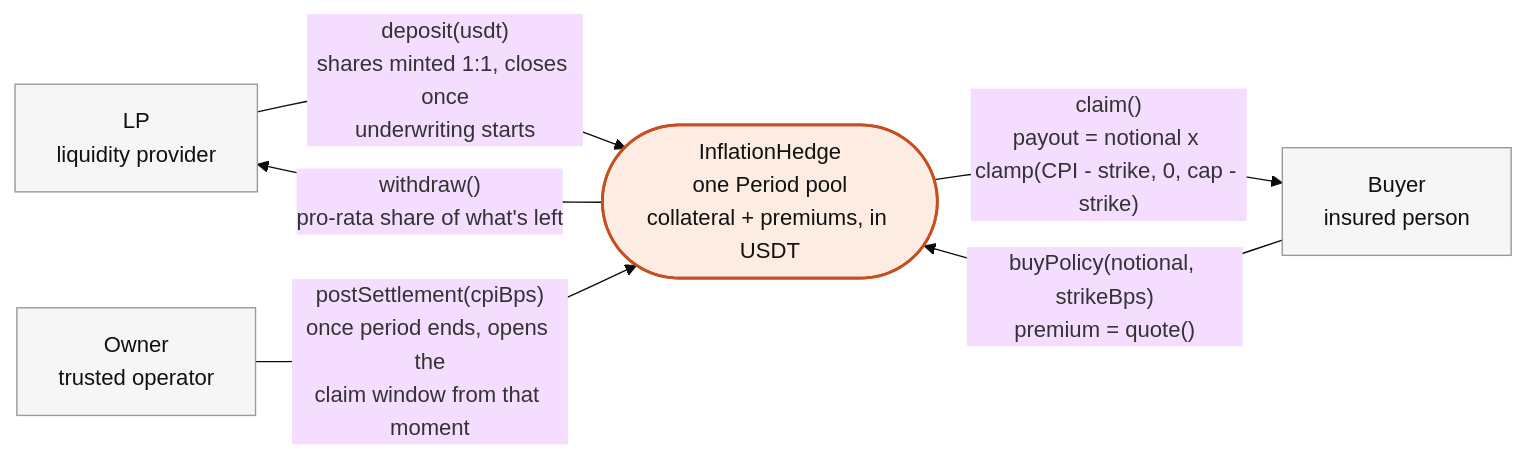
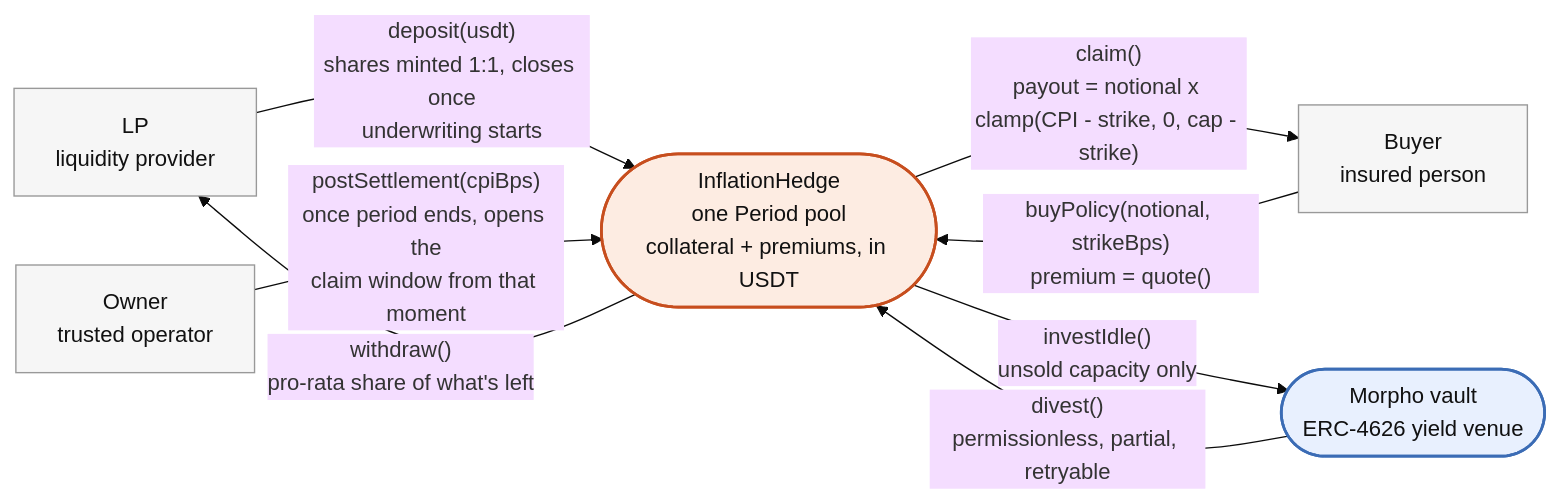
One commit to lexfrl/inflation-insurance changed the first of 2 diagrams in README.md. Above: the diagram before and after it, drawn with Mermaid (base theme). The commit also changed other lines of this file and 20 other files, not shown here.

````diff
--- a/README.md
+++ b/README.md
@@ -87,20 +87,26 @@
 ```mermaid
 flowchart LR
     LP["LP<br/>liquidity provider"]
     BUYER["Buyer<br/>insured person"]
     OWNER["Owner<br/>trusted operator"]
     POOL(["InflationHedge<br/>one Period pool<br/>collateral + premiums, in USDT"])
+    MORPHO(["Morpho vault<br/>ERC-4626 yield venue"])
 
     LP -- "deposit(usdt)<br/>shares minted 1:1, closes once<br/>underwriting starts" --> POOL
     POOL -- "withdraw()<br/>pro-rata share of what's left" --> LP
 
     BUYER -- "buyPolicy(notional, strikeBps)<br/>premium = quote()" --> POOL
     POOL -- "claim()<br/>payout = notional x clamp(CPI - strike, 0, cap - strike)" --> BUYER
 
     OWNER -- "postSettlement(cpiBps)<br/>once period ends, opens the<br/>claim window from that moment" --> POOL
 
+    POOL -- "investIdle()<br/>unsold capacity only" --> MORPHO
+    MORPHO -- "divest()<br/>permissionless, partial, retryable" --> POOL
+
     classDef role fill:#f6f6f6,stroke:#999,color:#111;
     classDef pool fill:#fdece2,stroke:#c74e1e,stroke-width:2px,color:#111;
+    classDef venue fill:#e8f0fe,stroke:#3b6cb5,stroke-width:2px,color:#111;
     class LP,BUYER,OWNER role;
     class POOL pool;
+    class MORPHO venue;
 ```
````
